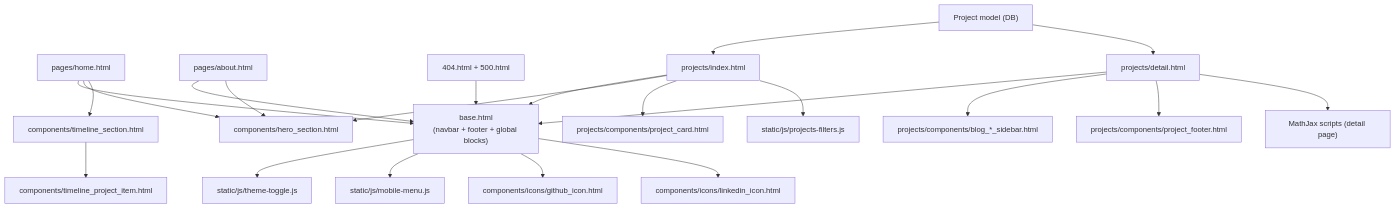
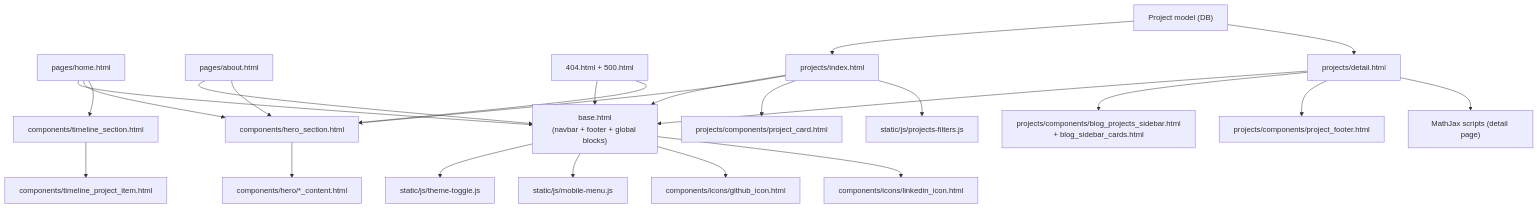
Before and after one commit to stokuj/my-django-portfolio: the diagram in docs/frontend.md, drawn with Mermaid. The commit also changed 1 other file, not shown here.

Commit message:
docs: add error hero edge, sidebar cards and hero content to frontend diagram (F-131)

````diff
--- a/docs/frontend.md
+++ b/docs/frontend.md
@@ -22,51 +22,55 @@
 ```mermaid
 flowchart TD
     Base["base.html\n(navbar + footer + global blocks)"]
     ThemeJS["static/js/theme-toggle.js"]
     MobileJS["static/js/mobile-menu.js"]
     ProjectsJS["static/js/projects-filters.js"]
     MathJax["MathJax scripts (detail page)"]
 
     Home["pages/home.html"]
     About["pages/about.html"]
     Errors["404.html + 500.html"]
     ProjectsIndex["projects/index.html"]
     ProjectDetail["projects/detail.html"]
     ProjectDB["Project model (DB)"]
 
     Hero["components/hero_section.html"]
+    HeroContent["components/hero/*_content.html"]
     TimelineSection["components/timeline_section.html"]
     TimelineItem["components/timeline_project_item.html"]
     ProjectCard["projects/components/project_card.html"]
     ProjectFooter["projects/components/project_footer.html"]
-    Sidebar["projects/components/blog_*_sidebar.html"]
+    Sidebar["projects/components/blog_projects_sidebar.html\n+ blog_sidebar_cards.html"]
     GithubIcon["components/icons/github_icon.html"]
     LinkedinIcon["components/icons/linkedin_icon.html"]
 
     Home --> Base
     About --> Base
     Errors --> Base
     ProjectsIndex --> Base
     ProjectDetail --> Base
 
     Base --> ThemeJS
     Base --> MobileJS
     Base --> GithubIcon
     Base --> LinkedinIcon
 
+    Hero --> HeroContent
+
     Home --> Hero
     Home --> TimelineSection
     TimelineSection --> TimelineItem
 
     About --> Hero
+    Errors --> Hero
 
     ProjectsIndex --> Hero
     ProjectsIndex --> ProjectCard
     ProjectsIndex --> ProjectsJS
 
     ProjectDB --> ProjectsIndex
     ProjectDB --> ProjectDetail
     ProjectDetail --> Sidebar
     ProjectDetail --> ProjectFooter
     ProjectDetail --> MathJax
 ```
````
